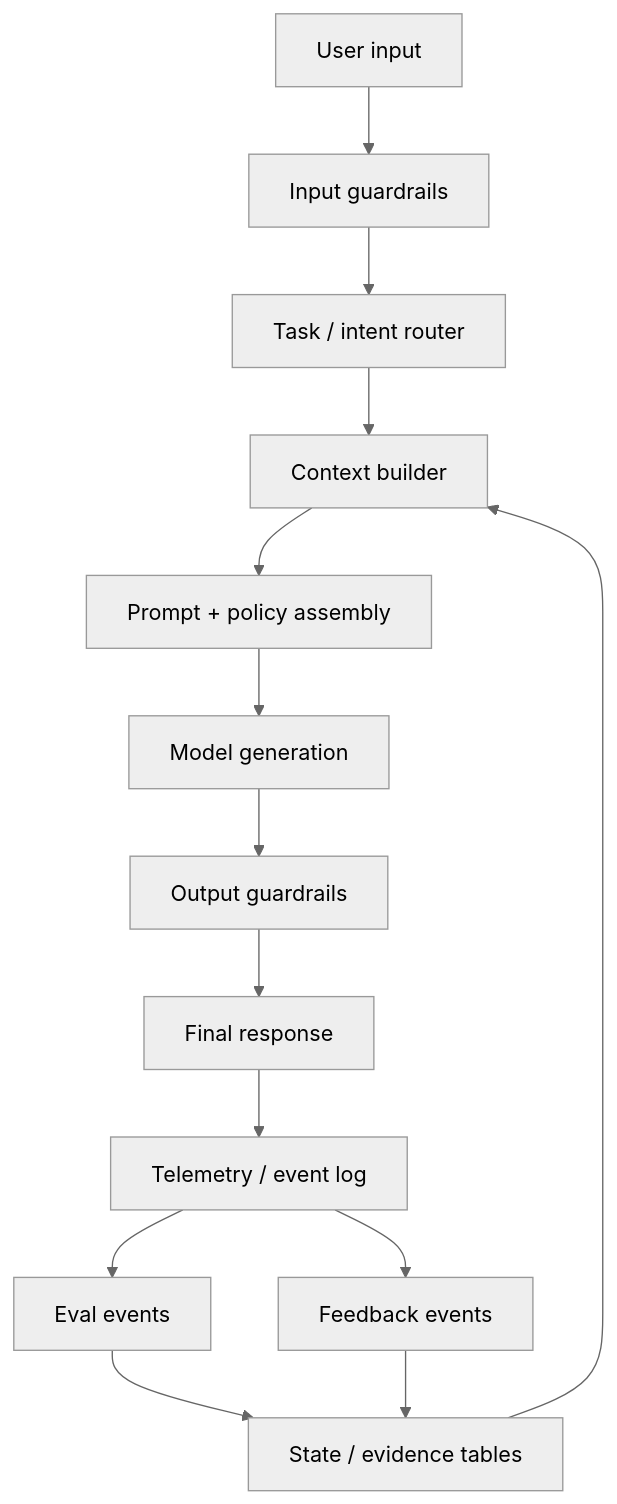
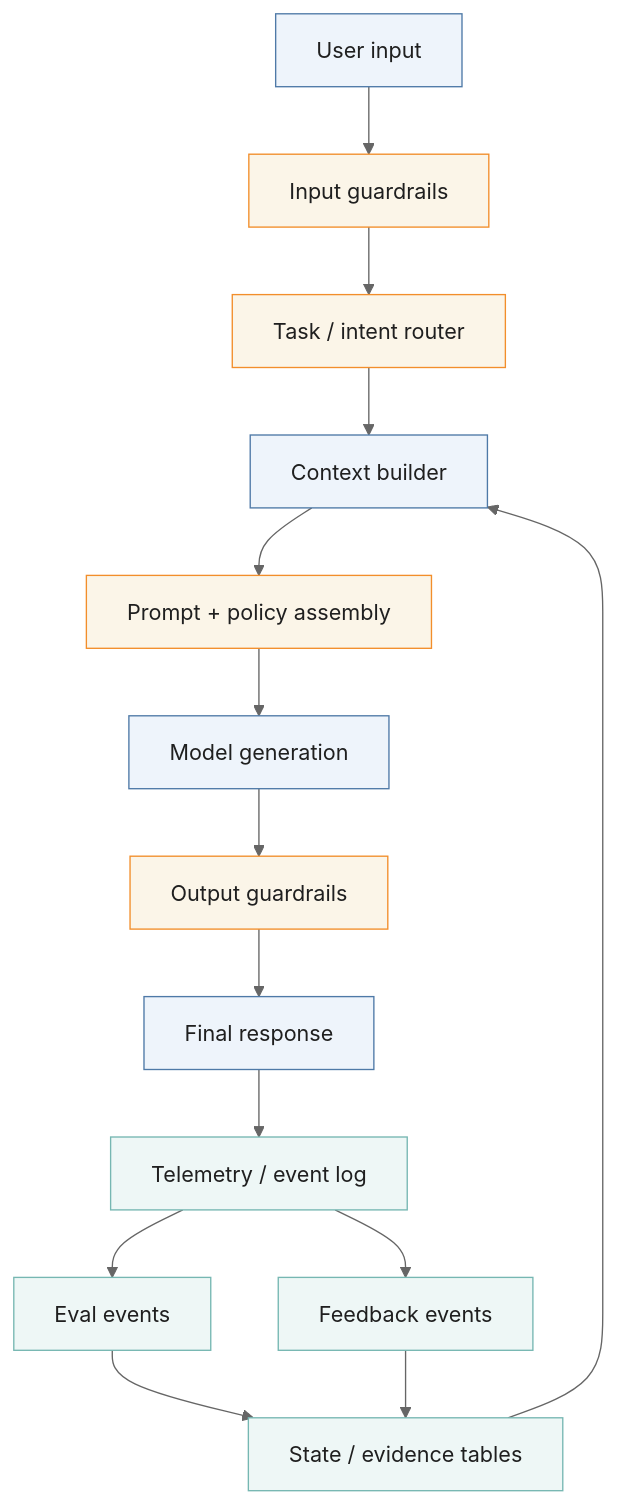
One commit to tryskian/polinko changed the first of 3 diagrams in docs/public/DIAGRAMS.md. Above: the diagram before and after it, drawn with Mermaid (neutral theme). The commit also changed other lines of this file and 11 other files, not shown here.

First line of the commit message:
Add public diagram render pipeline (#344)

````diff
--- a/docs/public/DIAGRAMS.md
+++ b/docs/public/DIAGRAMS.md
@@ -11,17 +28,25 @@
 ```mermaid
 flowchart TD
   A["User input"] --> B["Input guardrails"]
   B --> C["Task / intent router"]
   C --> D["Context builder"]
   D --> E["Prompt + policy assembly"]
   E --> F["Model generation"]
   F --> G["Output guardrails"]
   G --> H["Final response"]
 
   H --> I["Telemetry / event log"]
   I --> J["Eval events"]
   I --> K["Feedback events"]
   J --> L["State / evidence tables"]
   K --> L
   L --> D
+
+  classDef source fill:#EEF4FB,stroke:#4E79A7,color:#1F1F1F;
+  classDef bridge fill:#FBF5E8,stroke:#F28E2B,color:#1F1F1F;
+  classDef evidence fill:#EEF7F6,stroke:#76B7B2,color:#1F1F1F;
+
+  class A,D,F,H source;
+  class B,C,E,G bridge;
+  class I,J,K,L evidence;
 ```
````
